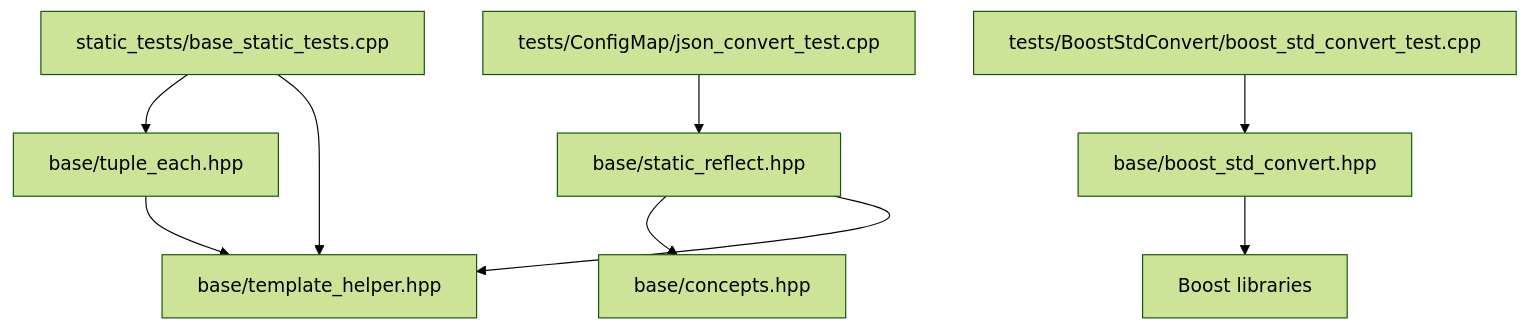
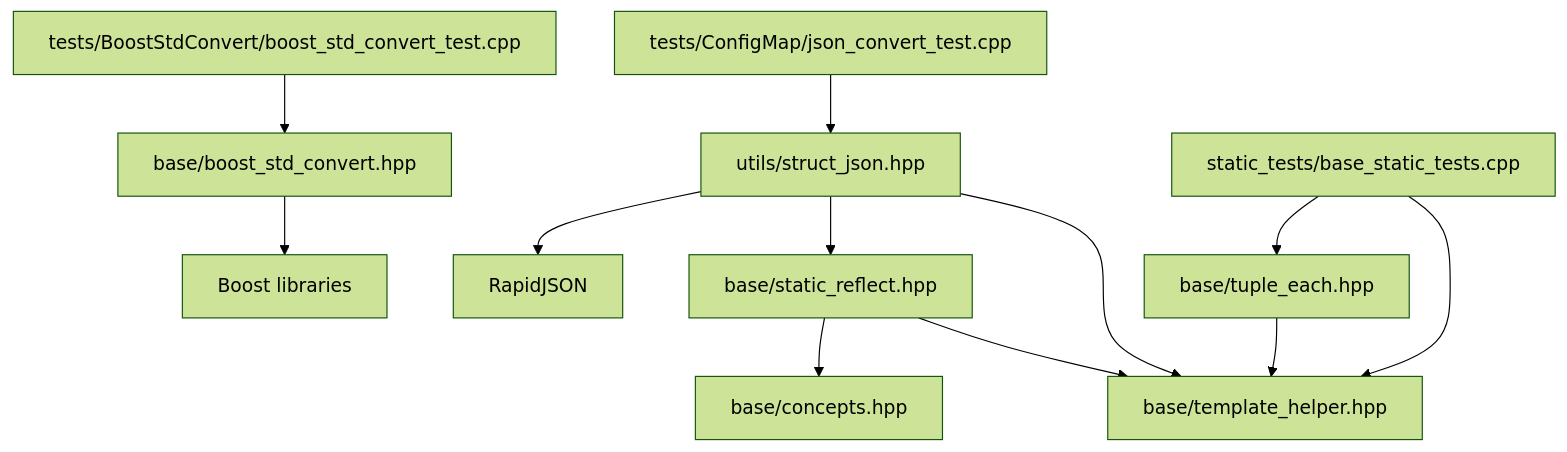
The first of 7 diagrams in .qoder/repowiki/en/content/Core Modules/Foundation Layer (base_)/Template Metaprogramming Helpers.md (hsmbanlance/HsBaSlicer), drawn with Mermaid (forest theme) before and after one commit. The commit also changed other lines of this file and 66 other files, not shown here.

````diff
--- a/.qoder/repowiki/en/content/Core Modules/Foundation Layer (base_)/Template Metaprogramming Helpers.md
+++ b/.qoder/repowiki/en/content/Core Modules/Foundation Layer (base_)/Template Metaprogramming Helpers.md
@@ -43,11 +53,14 @@
 ```mermaid
 graph TB
 A["base/tuple_each.hpp"] --> B["base/template_helper.hpp"]
 C["base/static_reflect.hpp"] --> D["base/concepts.hpp"]
 C --> B
 E["base/boost_std_convert.hpp"] --> F["Boost libraries"]
-G["static_tests/base_static_tests.cpp"] --> A
+G["utils/struct_json.hpp"] --> H["RapidJSON"]
+G --> C
 G --> B
-H["tests/BoostStdConvert/boost_std_convert_test.cpp"] --> E
-I["tests/ConfigMap/json_convert_test.cpp"] --> C
+I["static_tests/base_static_tests.cpp"] --> A
+I --> B
+J["tests/BoostStdConvert/boost_std_convert_test.cpp"] --> E
+K["tests/ConfigMap/json_convert_test.cpp"] --> G
 ```
````
